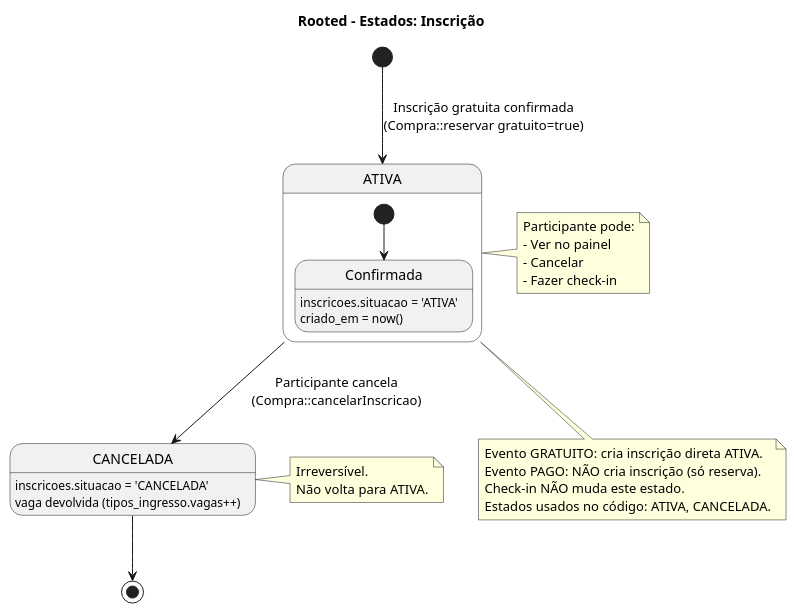
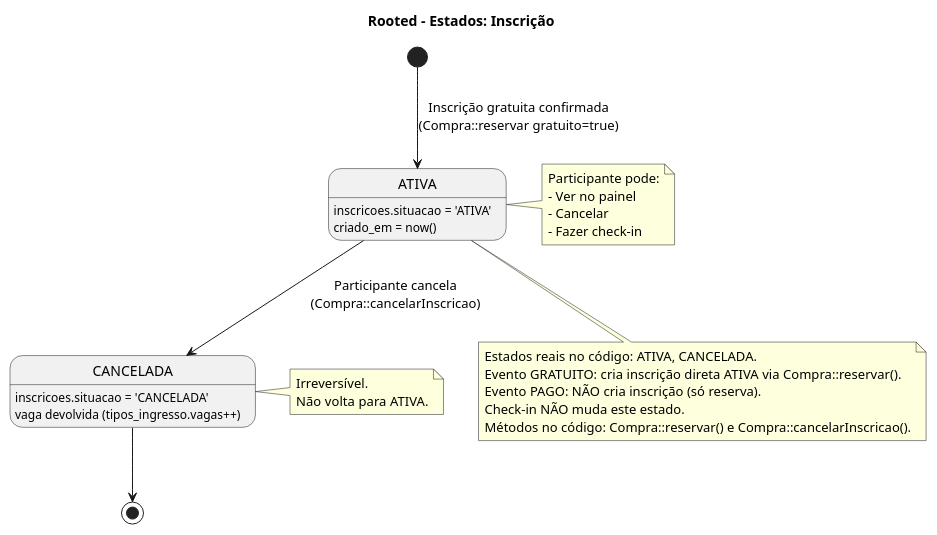
Before and after one commit to paulothaylam/rooted-projeto: the diagram in docs/diagramas/scripts/13-estados-inscricao.puml, drawn with PlantUML. The commit also changed 39 other files, not shown here.

Commit message:
Atualizando diagramas

```diff
--- a/docs/diagramas/scripts/13-estados-inscricao.puml
+++ b/docs/diagramas/scripts/13-estados-inscricao.puml
@@ -1,36 +1,34 @@
 @startuml
 title Rooted – Estados: Inscrição
 [*] --> ATIVA : Inscrição gratuita confirmada\n(Compra::reservar gratuito=true)
 
-state "ATIVA" as ATIVA {
-    state "Confirmada" as Confirmada
-    [*] --> Confirmada
-    Confirmada : inscricoes.situacao = 'ATIVA'\ncriado_em = now()
-}
+state "ATIVA" as ATIVA
+ATIVA : inscricoes.situacao = 'ATIVA'\ncriado_em = now()
 
 ATIVA --> CANCELADA : Participante cancela\n(Compra::cancelarInscricao)
 state "CANCELADA" as CANCELADA
 CANCELADA : inscricoes.situacao = 'CANCELADA'\nvaga devolvida (tipos_ingresso.vagas++)
 
 CANCELADA --> [*]
 
 note right of ATIVA
   Participante pode:
   - Ver no painel
   - Cancelar
   - Fazer check-in
 end note
 
 note right of CANCELADA
   Irreversível.
   Não volta para ATIVA.
 end note
 
 note bottom of ATIVA
-  Evento GRATUITO: cria inscrição direta ATIVA.
+  Estados reais no código: ATIVA, CANCELADA.
+  Evento GRATUITO: cria inscrição direta ATIVA via Compra::reservar().
   Evento PAGO: NÃO cria inscrição (só reserva).
   Check-in NÃO muda este estado.
-  Estados usados no código: ATIVA, CANCELADA.
+  Métodos no código: Compra::reservar() e Compra::cancelarInscricao().
 end note
 
 @enduml
```
